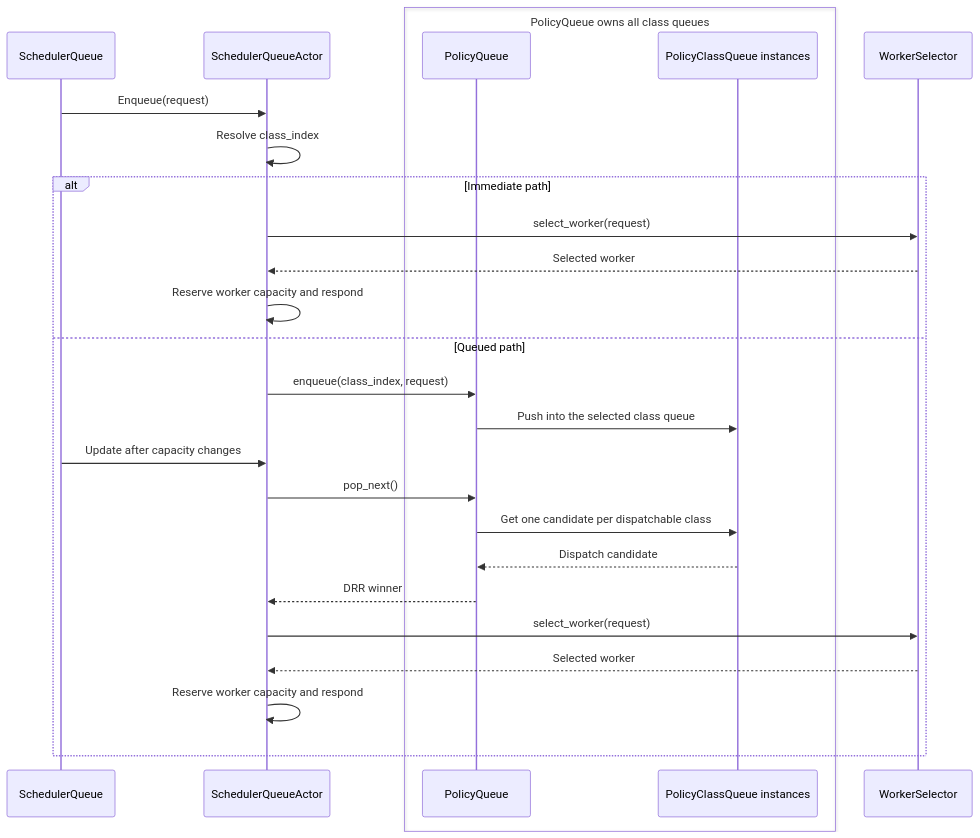
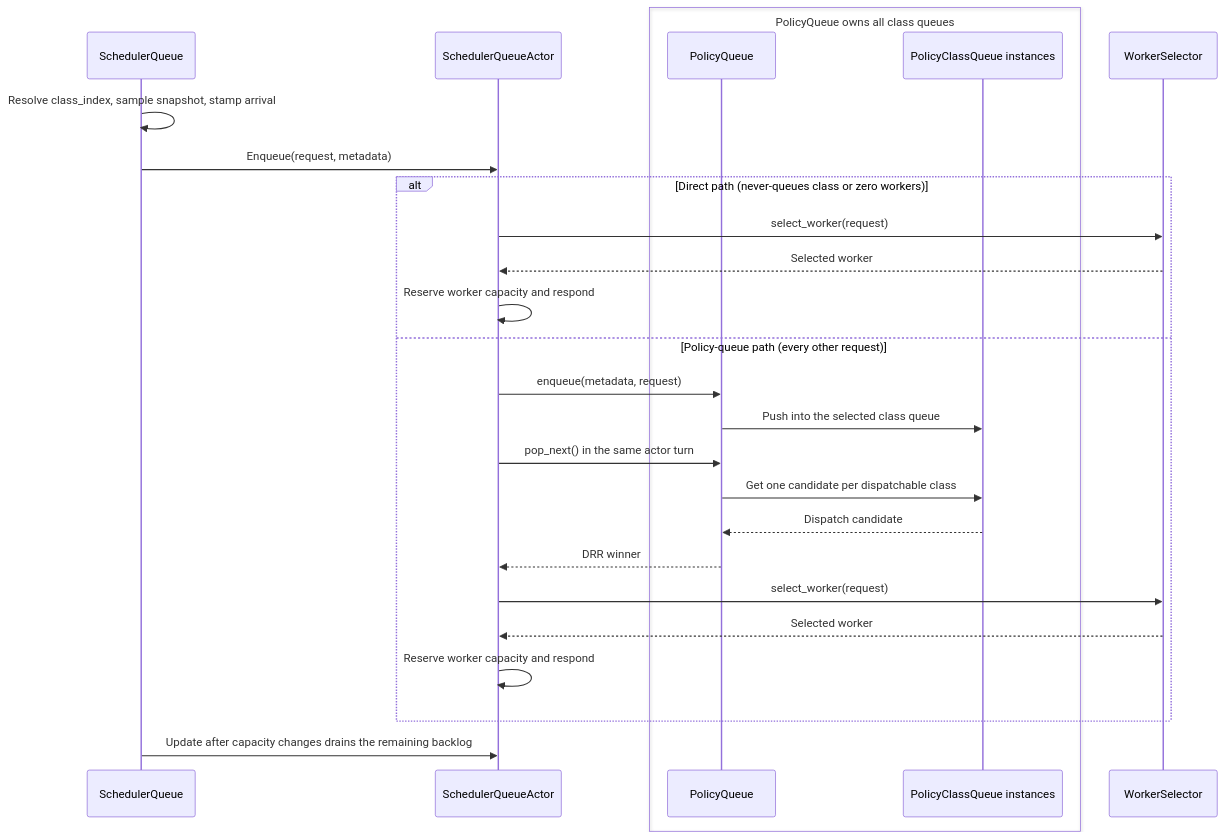
Before and after one commit to ai-dynamo/dynamo: the diagram in lib/kv-router/src/scheduling/AGENTS.md, drawn with Mermaid. The commit also changed other lines of this file, not shown here.

First line of the commit message:
docs(router): update scheduling module guide for the policy-queue admission flow

````diff
--- a/lib/kv-router/src/scheduling/AGENTS.md
+++ b/lib/kv-router/src/scheduling/AGENTS.md
@@ -9,29 +9,29 @@
 ```mermaid
 sequenceDiagram
     participant H as SchedulerQueue
     participant A as SchedulerQueueActor
     box PolicyQueue owns all class queues
         participant P as PolicyQueue
         participant C as PolicyClassQueue instances
     end
     participant S as WorkerSelector
 
-    H->>A: Enqueue(request)
-    A->>A: Resolve class_index
-    alt Immediate path
+    H->>H: Resolve class_index, sample snapshot, stamp arrival
+    H->>A: Enqueue(request, metadata)
+    alt Direct path (never-queues class or zero workers)
         A->>S: select_worker(request)
         S-->>A: Selected worker
         A->>A: Reserve worker capacity and respond
-    else Queued path
-        A->>P: enqueue(class_index, request)
+    else Policy-queue path (every other request)
+        A->>P: enqueue(metadata, request)
         P->>C: Push into the selected class queue
-        H->>A: Update after capacity changes
-        A->>P: pop_next()
+        A->>P: pop_next() in the same actor turn
         P->>C: Get one candidate per dispatchable class
         C-->>P: Dispatch candidate
         P-->>A: DRR winner
         A->>S: select_worker(request)
         S-->>A: Selected worker
         A->>A: Reserve worker capacity and respond
     end
+    H->>A: Update after capacity changes drains the remaining backlog
 ```
````
